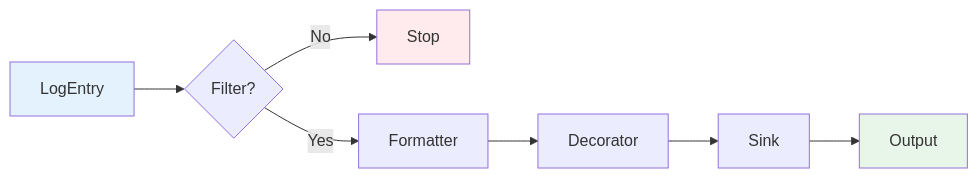
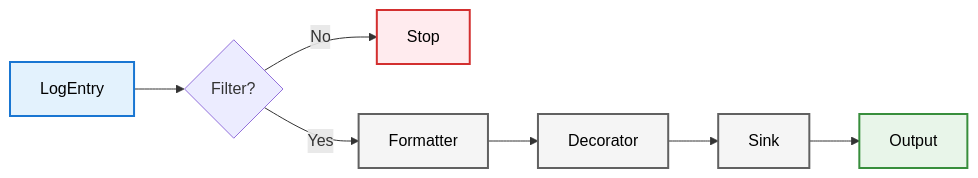
Before and after one commit to pooriaaskarim/logd: the first of 2 diagrams in docs/handler/architecture.md, drawn with Mermaid. The commit also changed other lines of this file and 5 other files, not shown here.

First line of the commit message:
Docs: Refactor documentation structure and add diagrams

````diff
--- a/docs/handler/architecture.md
+++ b/docs/handler/architecture.md
@@ -9,13 +9,19 @@
 ```mermaid
 flowchart LR
     Entry[LogEntry] --> Filter{Filter?}
     Filter -- No --> Drop[Stop]
     Filter -- Yes --> Format[Formatter]
     Format --> Dec[Decorator]
     Dec --> Sink[Sink]
     Sink --> IO[Output]
     
-    style Entry fill:#e3f2fd
-    style IO fill:#e8f5e9
-    style Drop fill:#ffebee
+    classDef inputStyle fill:#e3f2fd,stroke:#1976d2,stroke-width:2px,color:#000
+    classDef processStyle fill:#f5f5f5,stroke:#616161,stroke-width:2px,color:#000
+    classDef outputStyle fill:#e8f5e9,stroke:#388e3c,stroke-width:2px,color:#000
+    classDef stopStyle fill:#ffebee,stroke:#d32f2f,stroke-width:2px,color:#000
+    
+    class Entry inputStyle
+    class Format,Dec,Sink processStyle
+    class IO outputStyle
+    class Drop stopStyle
 ```
````
